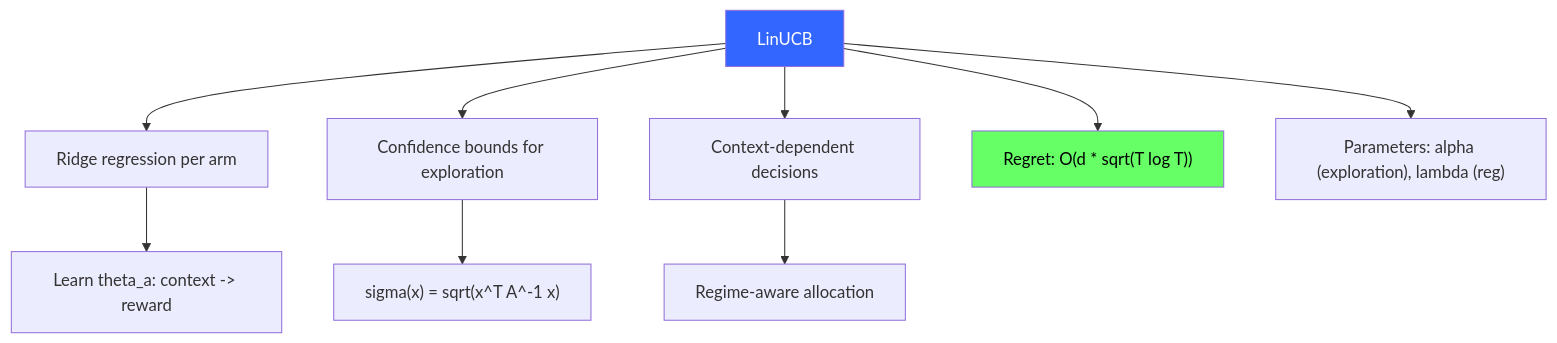
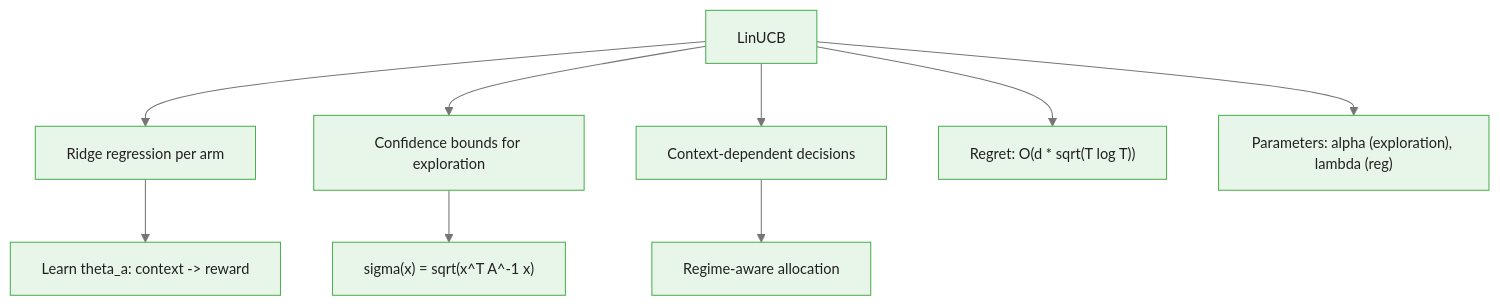
Before and after one commit to m-deane/course-creator: the fourth of 4 diagrams in courses/multi-armed-bandits-ab-testing/modules/module_03_contextual_bandits/guides/02_linucb_algorithm_slides.md, drawn with Mermaid. The commit also changed other lines of this file and 146 other files, not shown here.

````diff
--- a/courses/multi-armed-bandits-ab-testing/modules/module_03_contextual_bandits/guides/02_linucb_algorithm_slides.md
+++ b/courses/multi-armed-bandits-ab-testing/modules/module_03_contextual_bandits/guides/02_linucb_algorithm_slides.md
@@ -263,16 +308,14 @@
 ```mermaid
+%%{init: {"theme": "base", "themeVariables": {"primaryColor": "#e8f5e9", "primaryBorderColor": "#4caf50", "primaryTextColor": "#212121", "secondaryColor": "#e3f2fd", "tertiaryColor": "#fff8e1", "lineColor": "#757575", "fontFamily": "Inter, sans-serif", "fontSize": "14px"}}}%%
 flowchart TD
     LinUCB_v["LinUCB"] --> Ridge["Ridge regression per arm"]
     LinUCB_v --> Conf["Confidence bounds for exploration"]
     LinUCB_v --> Context_v["Context-dependent decisions"]
 
     Ridge --> Theta["Learn theta_a: context -> reward"]
     Conf --> Sigma["sigma(x) = sqrt(x^T A^-1 x)"]
     Context_v --> Regime_v["Regime-aware allocation"]
 
     LinUCB_v --> Regret_v["Regret: O(d * sqrt(T log T))"]
     LinUCB_v --> Params["Parameters: alpha (exploration), lambda (reg)"]
-
-    style LinUCB_v fill:#36f,color:#fff
-    style Regret_v fill:#6f6,color:#000
 ```
````
